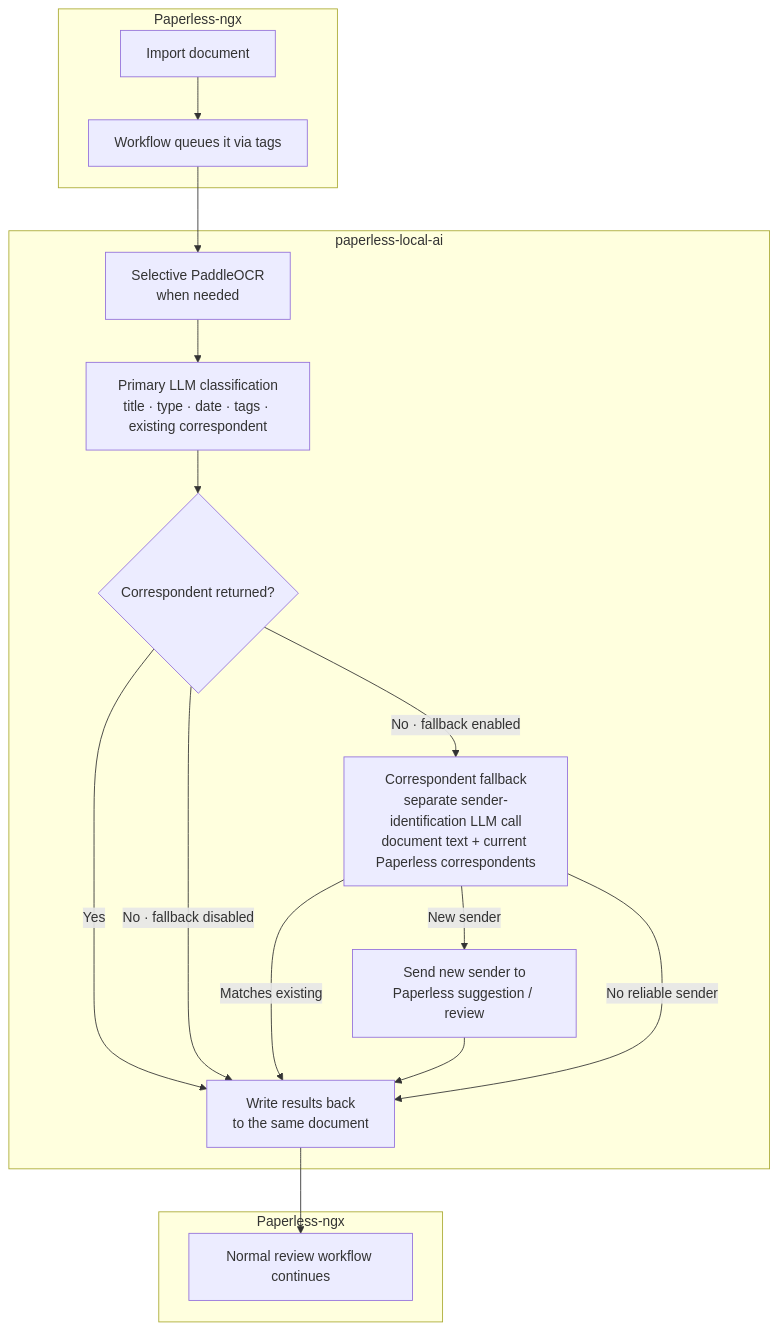
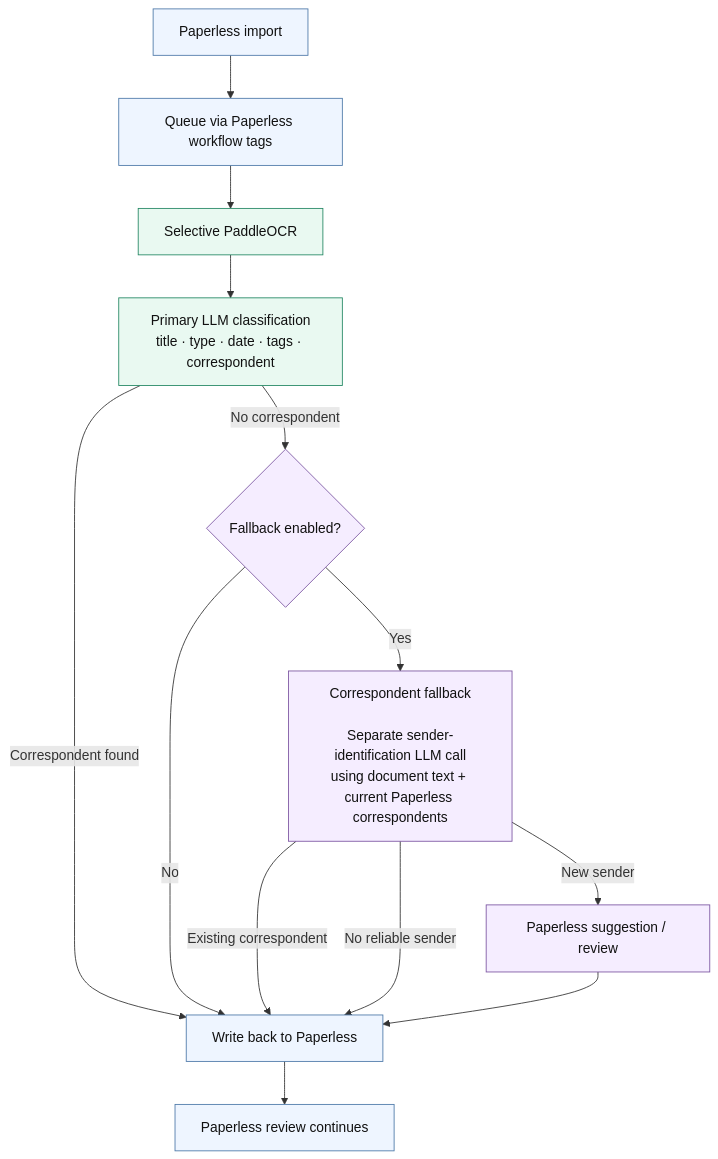
One commit to lucaperl/paperless-local-ai changed the diagram in README.md. Above: the diagram before and after it, drawn with Mermaid.

````diff
--- a/README.md
+++ b/README.md
@@ -18,32 +16,27 @@
 ```mermaid
-flowchart TD
-    subgraph P1["Paperless-ngx"]
-        A["Import document"]
-        B["Workflow queues it via tags"]
-        A --> B
-    end
+flowchart TB
+    A["Paperless import"] --> B["Queue via Paperless workflow tags"]
+    B --> C["Selective PaddleOCR"]
+    C --> D["Primary LLM classification<br/>title · type · date · tags · correspondent"]
 
-    subgraph L["paperless-local-ai"]
-        C["Selective PaddleOCR<br/>when needed"]
-        D["Primary LLM classification<br/>title · type · date · tags · existing correspondent"]
-        E{"Correspondent returned?"}
-        F["Correspondent fallback<br/>separate sender-identification LLM call<br/>document text + current Paperless correspondents"]
-        S["Send new sender to<br/>Paperless suggestion / review"]
-        G["Write results back<br/>to the same document"]
+    D -->|Correspondent found| W["Write back to Paperless"]
+    D -->|No correspondent| E{"Fallback enabled?"}
 
-        C --> D --> E
-        E -->|Yes| G
-        E -->|No · fallback disabled| G
-        E -->|No · fallback enabled| F
-        F -->|Matches existing| G
-        F -->|New sender| S --> G
-        F -->|No reliable sender| G
-    end
+    E -->|No| W
+    E -->|Yes| F["Correspondent fallback<br/><br/>Separate sender-identification LLM call<br/>using document text + current Paperless correspondents"]
 
-    subgraph P2["Paperless-ngx"]
-        H["Normal review workflow continues"]
-    end
+    F -->|Existing correspondent| W
+    F -->|New sender| S["Paperless suggestion / review"]
+    F -->|No reliable sender| W
+    S --> W
 
-    B --> C
-    G --> H
+    W --> R["Paperless review continues"]
+
+    classDef paperless fill:#eef5ff,stroke:#4c78a8,color:#111;
+    classDef local fill:#e9f9f1,stroke:#238763,color:#111;
+    classDef fallback fill:#f5edff,stroke:#7b55a1,color:#111;
+
+    class A,B,W,R paperless;
+    class C,D local;
+    class E,F,S fallback;
 ```
````
